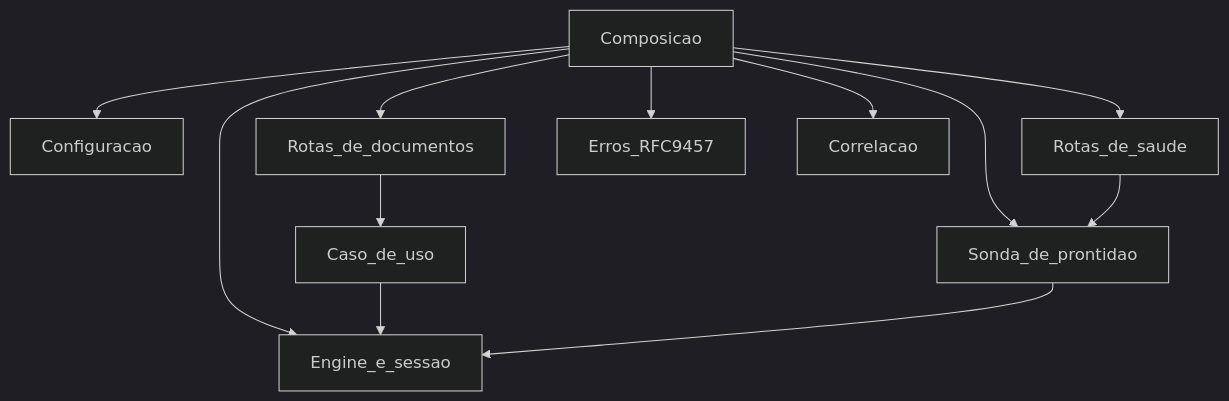
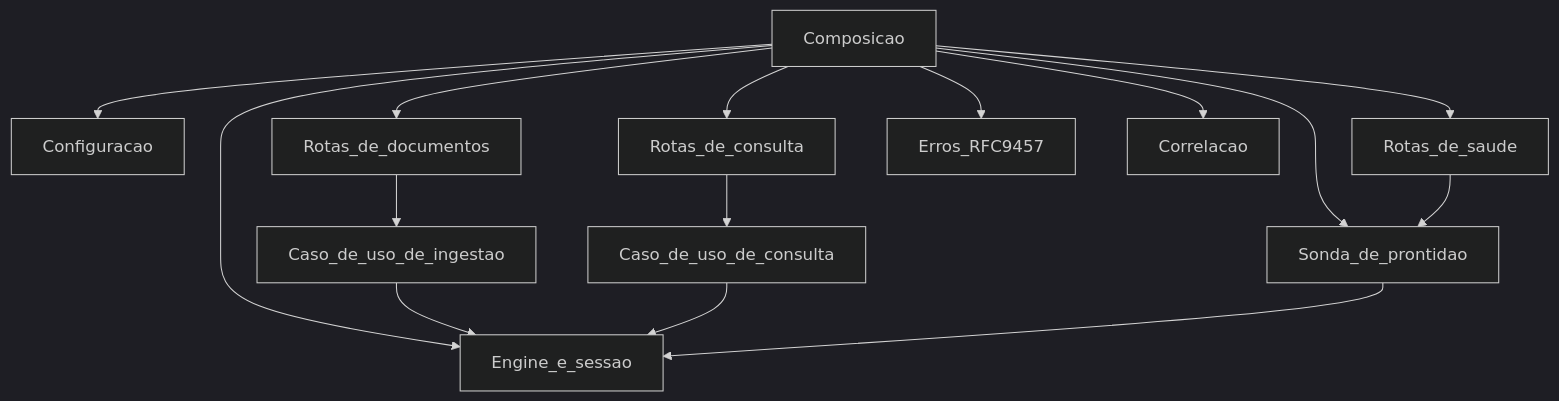
One commit to ricartefelipe/nexo-ai-knowledge changed the third of 3 diagrams in docs/architecture/c4.md. Above: the diagram before and after it, drawn with Mermaid (dark theme). The commit also changed other lines of this file and 9 other files, not shown here.

````diff
--- a/docs/architecture/c4.md
+++ b/docs/architecture/c4.md
@@ -37,23 +37,28 @@
 ```mermaid
 flowchart TB
   main[Composicao]
   config[Configuracao]
   health[Rotas_de_saude]
   documents[Rotas_de_documentos]
-  ingest[Caso_de_uso]
+  queries[Rotas_de_consulta]
+  ingest[Caso_de_uso_de_ingestao]
+  retrieve[Caso_de_uso_de_consulta]
   errors[Erros_RFC9457]
   correlation[Correlacao]
   database[Engine_e_sessao]
   probe[Sonda_de_prontidao]
   main --> config
   main --> health
   main --> documents
+  main --> queries
   main --> errors
   main --> correlation
   main --> database
   main --> probe
   documents --> ingest
+  queries --> retrieve
   ingest --> database
+  retrieve --> database
   health --> probe
   probe --> database
 ```
````
